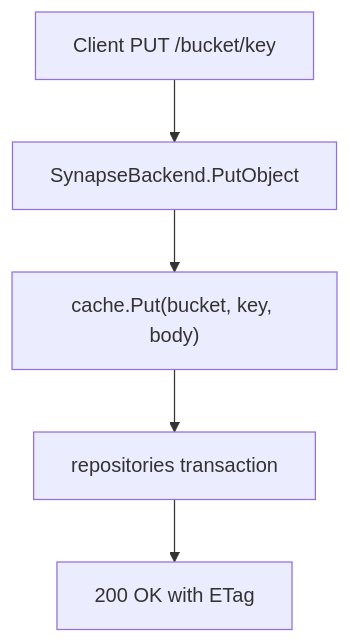
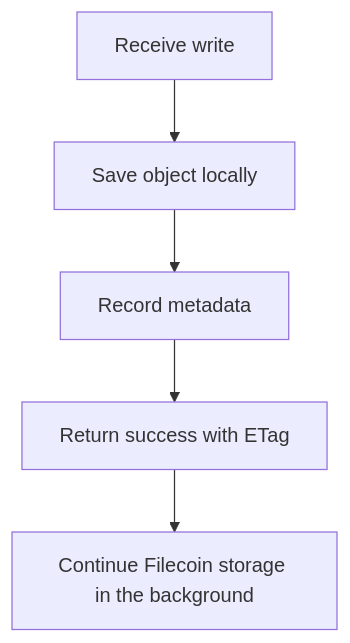
Before and after one commit to strahe/SynapS3: the diagram in docs/en/concepts/write-path-cache.md, drawn with Mermaid. The commit also changed other lines of this file and 37 other files, not shown here.

````diff
--- a/docs/en/concepts/write-path-cache.md
+++ b/docs/en/concepts/write-path-cache.md
@@ -12,7 +12,7 @@
 ```mermaid
 flowchart TD
-  request["Client PUT /bucket/key"] --> backend["SynapseBackend.PutObject"]
-  backend --> cache["cache.Put(bucket, key, body)"]
-  cache --> tx["repositories transaction"]
-  tx --> response["200 OK with ETag"]
+  request["Receive write"] --> save["Save object locally"]
+  save --> metadata["Record metadata"]
+  metadata --> response["Return success with ETag"]
+  response --> storage["Continue Filecoin storage in the background"]
 ```
````
